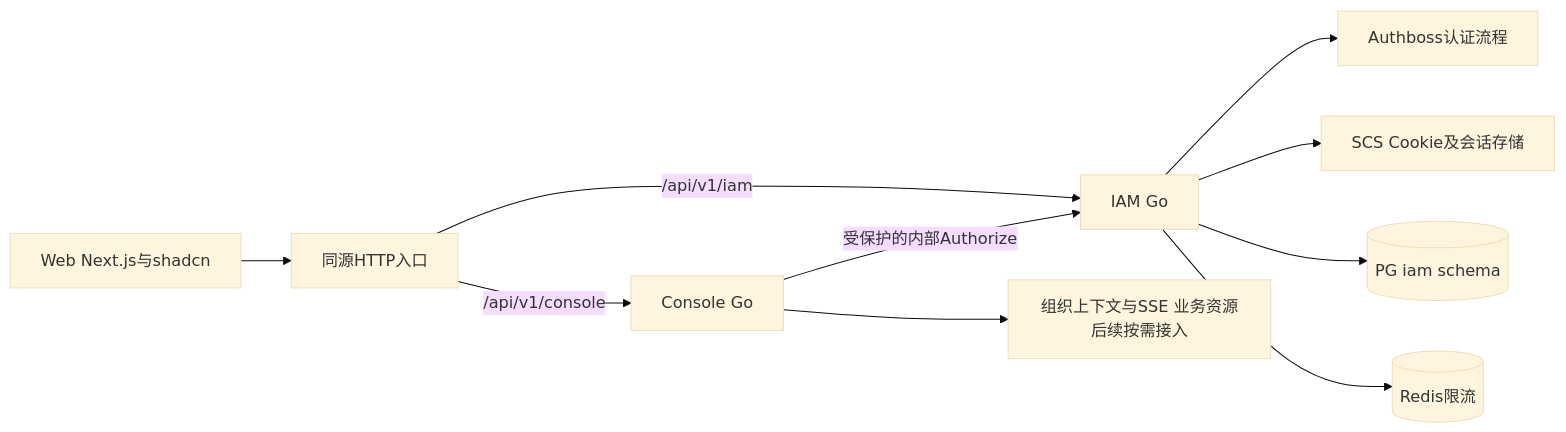
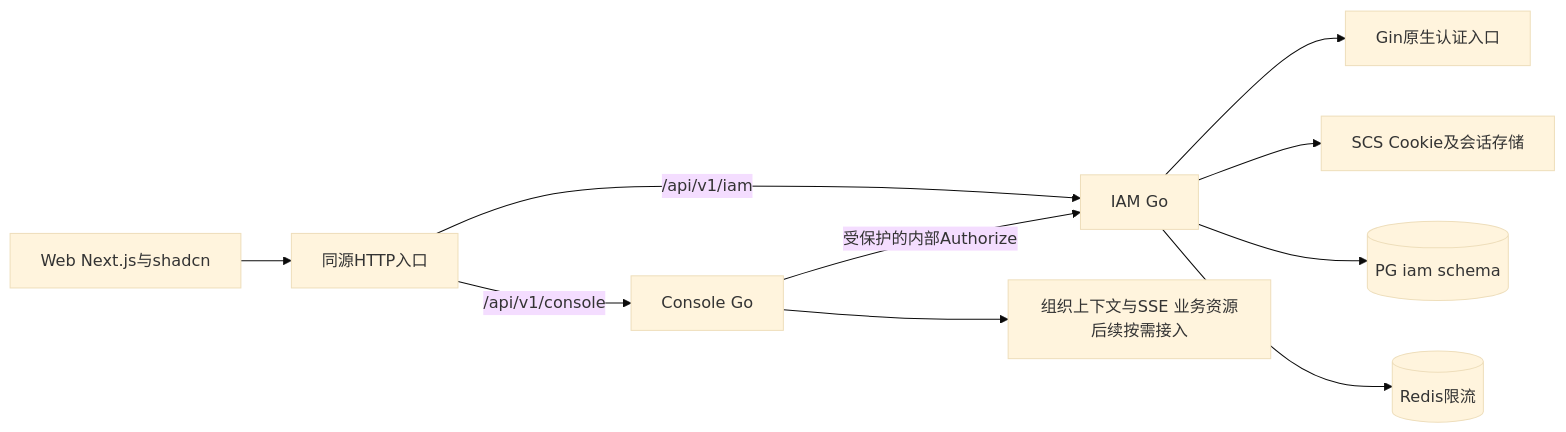
One commit to EayonLee/SecPlexus changed the first of 6 diagrams in src/apps/iam/README.md. Above: the diagram before and after it, drawn with Mermaid (base theme). The commit also changed other lines of this file and 200 other files, not shown here.

````diff
--- a/src/apps/iam/README.md
+++ b/src/apps/iam/README.md
@@ -11,12 +11,12 @@
 ```mermaid
 flowchart LR
     W[Web Next.js与shadcn] --> E[同源HTTP入口]
     E -->|/api/v1/iam| I[IAM Go]
     E -->|/api/v1/console| C[Console Go]
     C -->|受保护的内部Authorize| I
-    I --> A[Authboss认证流程]
+    I --> A[Gin原生认证入口]
     I --> S[SCS Cookie及会话存储]
     I --> P[(PG iam schema)]
     I --> R[(Redis限流)]
     C --> B[组织上下文与SSE 业务资源后续按需接入]
 ```
````
